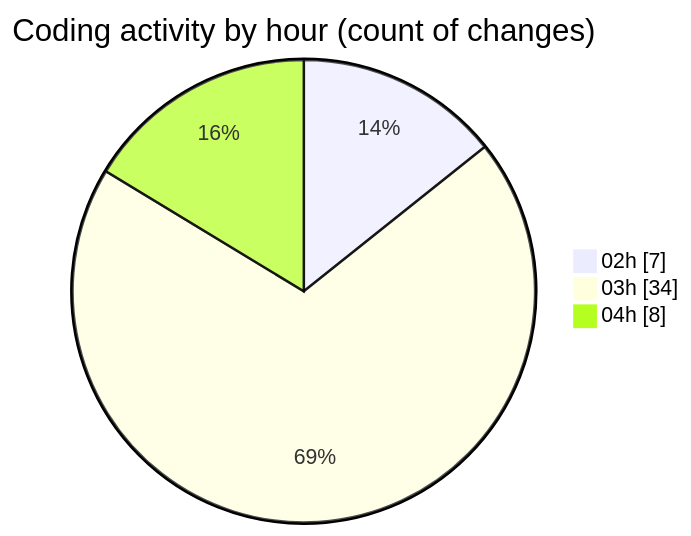
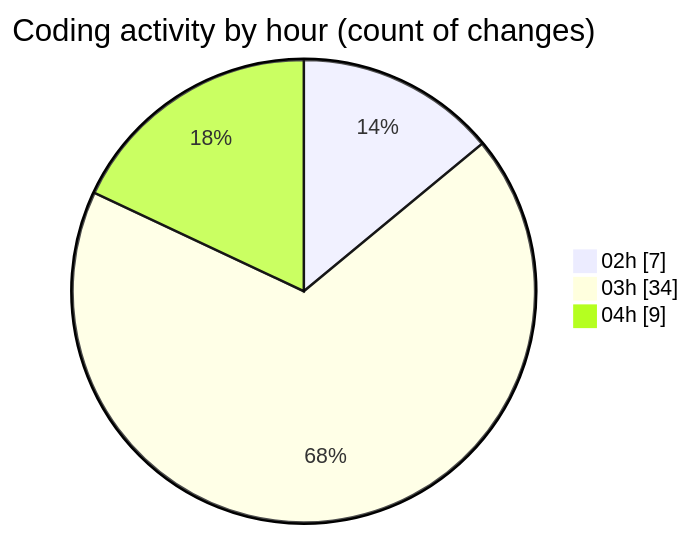
Before and after one commit to JenPaints/code-tracking: the second of 2 diagrams in 2025-05-29/kimberly-groups/README.md, drawn with Mermaid. The commit also changed other lines of this file and 1 other file, not shown here.

````diff
--- a/2025-05-29/kimberly-groups/README.md
+++ b/2025-05-29/kimberly-groups/README.md
@@ -33,7 +35,7 @@
 ```mermaid
 pie showData
 title Coding activity by hour (count of changes)
 "02h" : 7
 "03h" : 34
-"04h" : 8
+"04h" : 9
 ```
````
